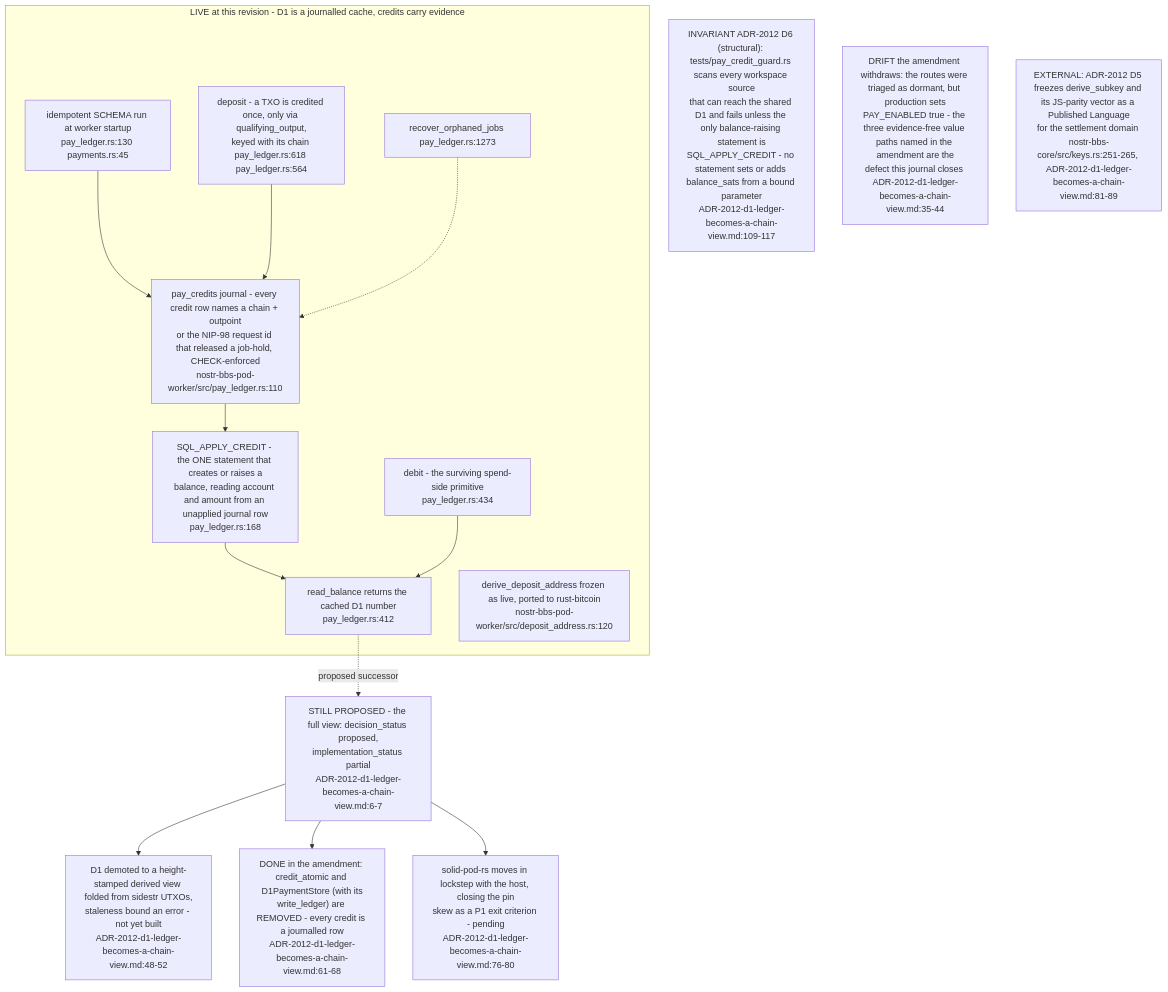
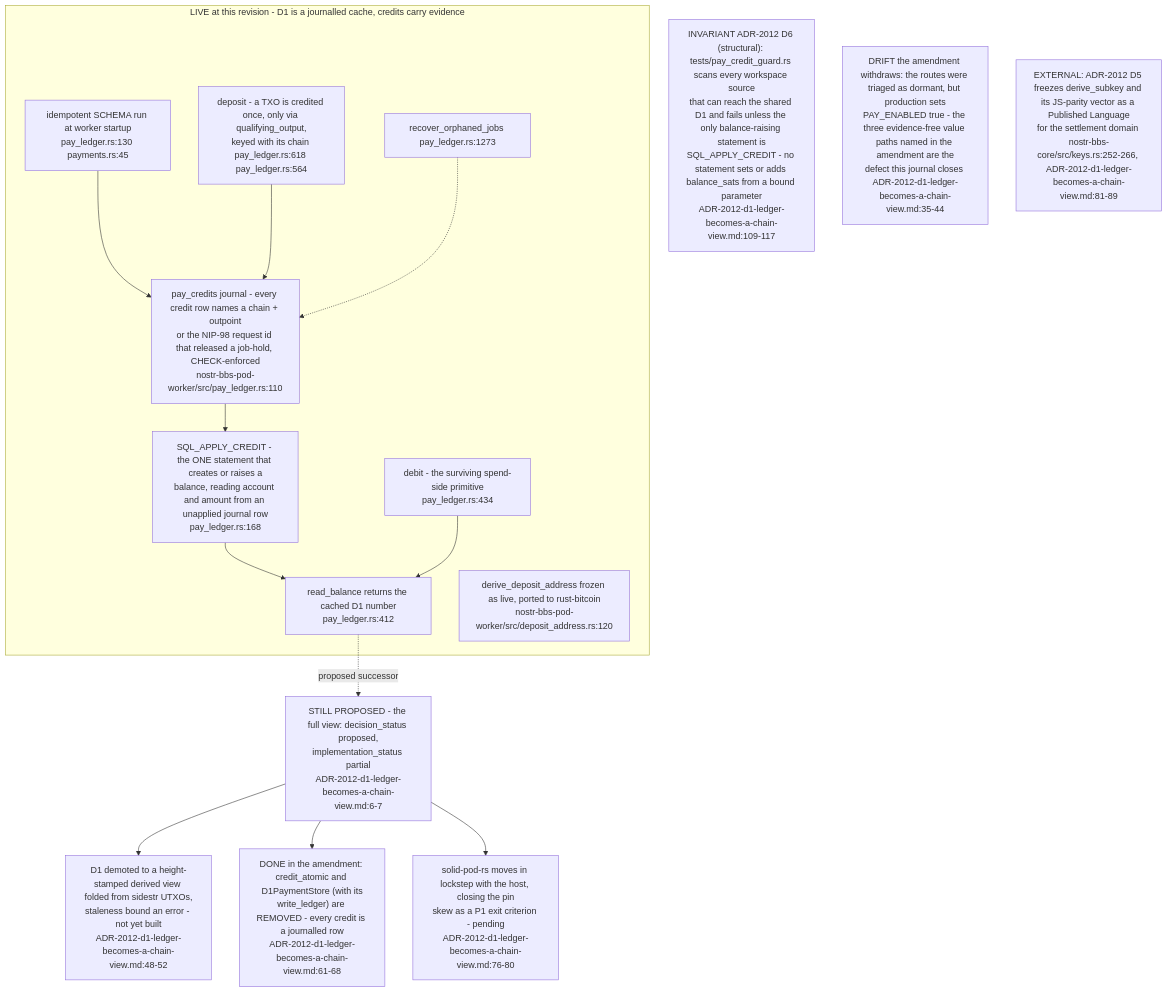
One commit to DreamLab-AI/VisionFlow changed the tenth of 10 diagrams in docs/diagrams/nostr-rust-forum/04-pod-worker-ldp-wac-and-delegation.md. Above: the diagram before and after it, drawn with Mermaid. The commit also changed other lines of this file and 151 other files, not shown here.

````diff
--- a/docs/diagrams/nostr-rust-forum/04-pod-worker-ldp-wac-and-delegation.md
+++ b/docs/diagrams/nostr-rust-forum/04-pod-worker-ldp-wac-and-delegation.md
@@ -287,29 +287,29 @@
 ```mermaid
 flowchart TB
     subgraph live["LIVE at this revision - D1 is a journalled cache, credits carry evidence"]
         JOURNAL["pay_credits journal - every credit row names a chain + outpoint<br/>or the NIP-98 request id that released a job-hold, CHECK-enforced<br/>nostr-bbs-pod-worker/src/pay_ledger.rs:110"]
         SCHEMA["idempotent SCHEMA run at worker startup<br/>pay_ledger.rs:130 payments.rs:45"]
         DEP["deposit - a TXO is credited once, only via qualifying_output,<br/>keyed with its chain pay_ledger.rs:618 pay_ledger.rs:564"]
         APPLY["SQL_APPLY_CREDIT - the ONE statement that creates or raises a<br/>balance, reading account and amount from an unapplied journal row<br/>pay_ledger.rs:168"]
         DEB["debit - the surviving spend-side primitive<br/>pay_ledger.rs:434"]
         BAL["read_balance returns the cached D1 number<br/>pay_ledger.rs:412"]
         REC["recover_orphaned_jobs pay_ledger.rs:1273"]
         ADDR["derive_deposit_address frozen as live, ported to rust-bitcoin<br/>nostr-bbs-pod-worker/src/deposit_address.rs:120"]
     end
     SCHEMA --> JOURNAL
     DEP --> JOURNAL --> APPLY --> BAL
     DEB --> BAL
     REC -.-> JOURNAL
 
     PROP["STILL PROPOSED - the full view: decision_status proposed,<br/>implementation_status partial<br/>ADR-2012-d1-ledger-becomes-a-chain-view.md:6-7"]
     P1["D1 demoted to a height-stamped derived view folded from sidestr UTXOs,<br/>staleness bound an error - not yet built<br/>ADR-2012-d1-ledger-becomes-a-chain-view.md:48-52"]
     P2["DONE in the amendment: credit_atomic and D1PaymentStore (with its<br/>write_ledger) are REMOVED - every credit is a journalled row<br/>ADR-2012-d1-ledger-becomes-a-chain-view.md:61-68"]
     P3["solid-pod-rs moves in lockstep with the host, closing the pin<br/>skew as a P1 exit criterion - pending<br/>ADR-2012-d1-ledger-becomes-a-chain-view.md:76-80"]
 
     BAL -.->|"proposed successor"| PROP
     PROP --> P1 & P2 & P3
 
     N1["INVARIANT ADR-2012 D6 (structural): tests/pay_credit_guard.rs scans every workspace source<br/>that can reach the shared D1 and fails unless the only balance-raising statement is<br/>SQL_APPLY_CREDIT - no statement sets or adds balance_sats from a bound parameter<br/>ADR-2012-d1-ledger-becomes-a-chain-view.md:109-117"]
     N2["DRIFT the amendment withdraws: the routes were triaged as dormant, but production sets<br/>PAY_ENABLED true - the three evidence-free value paths named in the amendment are the<br/>defect this journal closes ADR-2012-d1-ledger-becomes-a-chain-view.md:35-44"]
-    N3["EXTERNAL: ADR-2012 D5 freezes derive_subkey and its JS-parity vector as a Published Language<br/>for the settlement domain nostr-bbs-core/src/keys.rs:251-265, ADR-2012-d1-ledger-becomes-a-chain-view.md:81-89"]
+    N3["EXTERNAL: ADR-2012 D5 freezes derive_subkey and its JS-parity vector as a Published Language<br/>for the settlement domain nostr-bbs-core/src/keys.rs:252-266, ADR-2012-d1-ledger-becomes-a-chain-view.md:81-89"]
 ```
````
